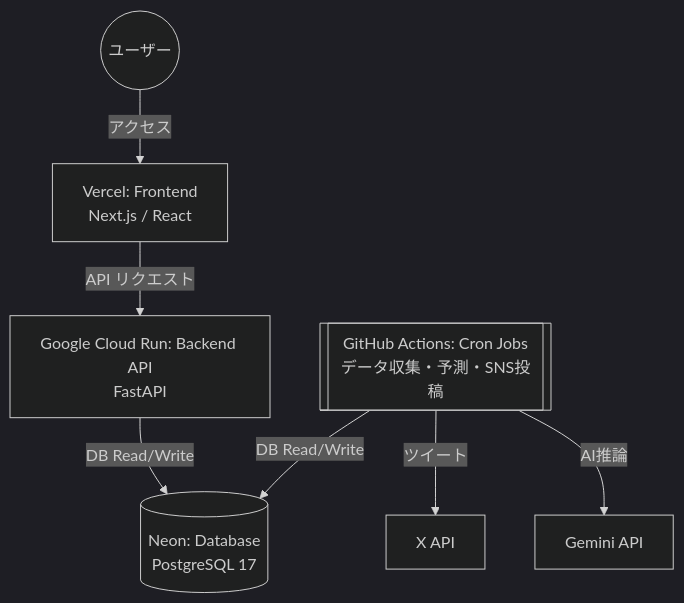
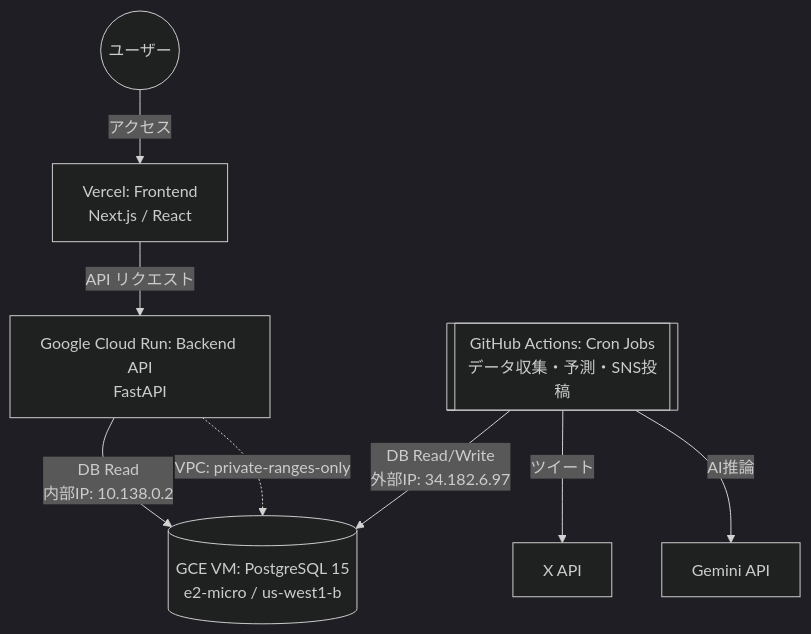
The diagram in docs/system-documentation/12_コスト最適化アーキテクチャ.md (umazkym/keiba_site_v1), drawn with Mermaid (dark theme) before and after one commit. The commit also changed other lines of this file and 6 other files, not shown here.

````diff
--- a/docs/system-documentation/12_コスト最適化アーキテクチャ.md
+++ b/docs/system-documentation/12_コスト最適化アーキテクチャ.md
@@ -9,11 +23,13 @@
 ```mermaid
 graph TD
     User((ユーザー)) -->|アクセス| Vercel[Vercel: Frontend<br>Next.js / React]
     Vercel -->|API リクエスト| CloudRun[Google Cloud Run: Backend API<br>FastAPI]
     
-    GitHub[[GitHub Actions: Cron Jobs<br>データ収集・予測・SNS投稿]] -->|DB Read/Write| Neon[(Neon: Database<br>PostgreSQL 17)]
-    CloudRun -->|DB Read/Write| Neon
+    CloudRun -->|DB Read<br>内部IP: 10.138.0.2| GCE[(GCE VM: PostgreSQL 15<br>e2-micro / us-west1-b)]
+    GitHub[[GitHub Actions: Cron Jobs<br>データ収集・予測・SNS投稿]] -->|DB Read/Write<br>外部IP: 34.182.6.97| GCE
     
     GitHub -->|ツイート| Twitter[X API]
     GitHub -->|AI推論| Gemini[Gemini API]
+    
+    CloudRun -.->|VPC: private-ranges-only| GCE
 ```
````
